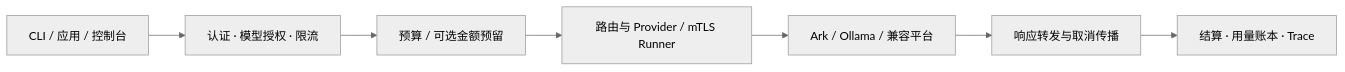
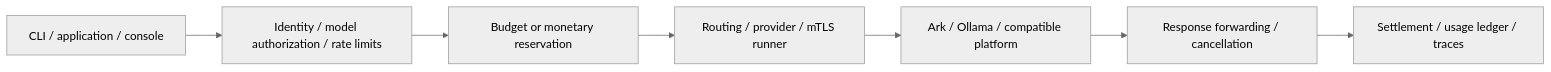
The diagram in README.md (17hwliao/AgentMesh), drawn with Mermaid (neutral theme) before and after one commit. The commit also changed other lines of this file and 1 other file, not shown here.

````diff
--- a/README.md
+++ b/README.md
@@ -42,9 +48,9 @@
 ```mermaid
 flowchart LR
-    C["CLI / 应用 / 控制台"] --> G["认证 · 模型授权 · 限流"]
-    G --> B["预算 / 可选金额预留"]
-    B --> R["路由与 Provider / mTLS Runner"]
-    R --> P["Ark / Ollama / 兼容平台"]
-    P --> S["响应转发与取消传播"]
-    S --> L["结算 · 用量账本 · Trace"]
+    C["CLI / application / console"] --> G["Identity / model authorization / rate limits"]
+    G --> B["Budget or monetary reservation"]
+    B --> R["Routing / provider / mTLS runner"]
+    R --> P["Ark / Ollama / compatible platform"]
+    P --> S["Response forwarding / cancellation"]
+    S --> L["Settlement / usage ledger / traces"]
 ```
````
